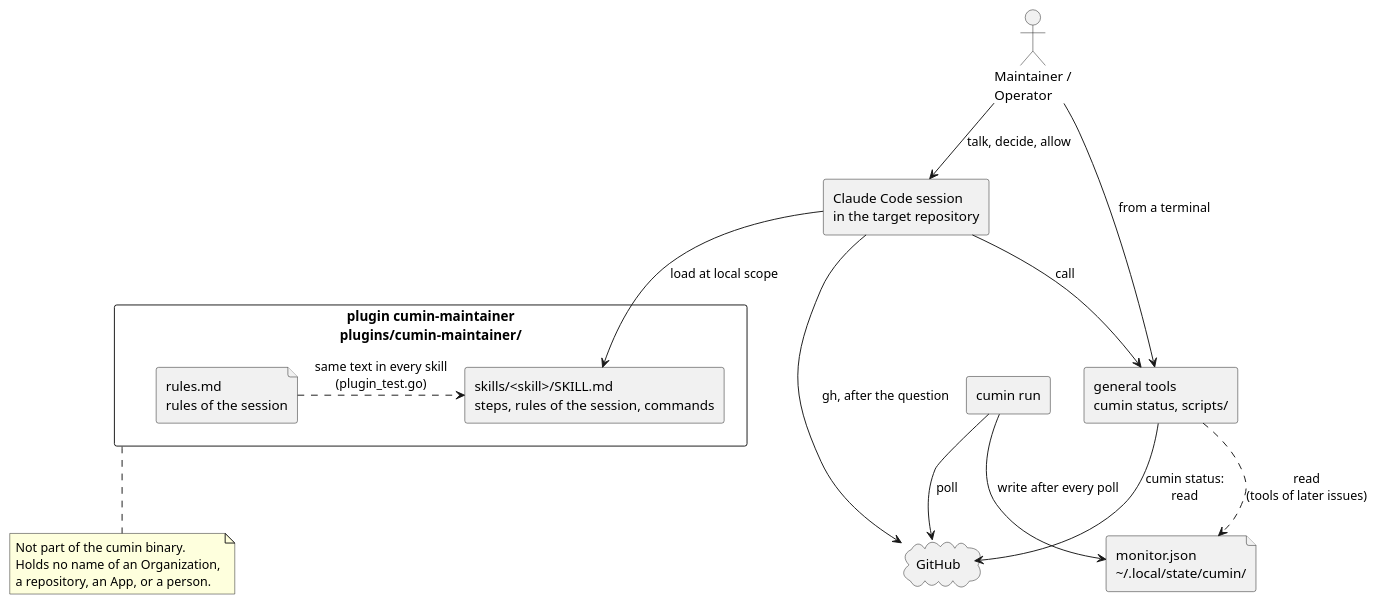
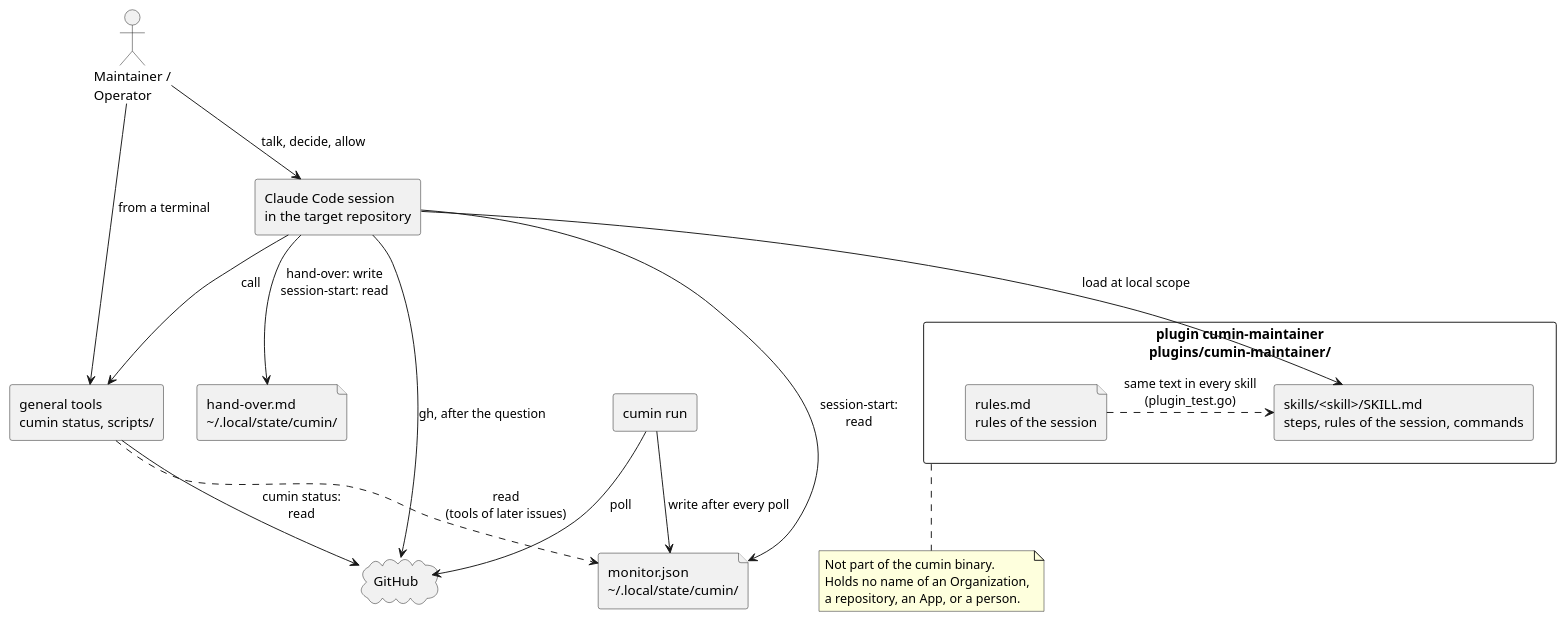
The diagram in docs/ja/guides/maintainer-skills.puml (cloveclovedev/cumin-works), drawn with PlantUML before and after one commit. The commit also changed 7 other files, not shown here.

First line of the commit message:
feat(plugin): add the skills for the start of a session and the hand-over (#710)

```diff
--- a/docs/ja/guides/maintainer-skills.puml
+++ b/docs/ja/guides/maintainer-skills.puml
@@ -1,36 +1,39 @@
 @startuml maintainer-skills
 ' cumin works - the plugin of the Maintainer session: the session loads the skills, the skills call the general tools.
 ' Document: maintainer-skills.md, topic on what the plugin is.
 ' Render: run scripts/render-diagrams.sh at the root of the repository.
 skinparam shadowing false
 skinparam defaultFontName sans-serif
 
 actor "Maintainer /\nOperator" as person
 cloud "GitHub" as github
 
 rectangle "Claude Code session\nin the target repository" as session
 rectangle "plugin cumin-maintainer\nplugins/cumin-maintainer/" as plugin {
   file "rules.md\nrules of the session" as rules
   rectangle "skills/<skill>/SKILL.md\nsteps, rules of the session, commands" as skills
 }
 rectangle "general tools\ncumin status, scripts/" as tools
 file "monitor.json\n&#126;/.local/state/cumin/" as monitor
+file "hand-over.md\n&#126;/.local/state/cumin/" as note
 rectangle "cumin run" as run
 
 person --> session : talk, decide, allow
 person --> tools : from a terminal
 session --> skills : load at local scope
 rules .right.> skills : same text in every skill\n(plugin_test.go)
 session --> tools : call
 session --> github : gh, after the question
+session --> monitor : session-start:\nread
+session --> note : hand-over: write\nsession-start: read
 tools --> github : cumin status:\nread
 tools ..> monitor : read\n(tools of later issues)
 run --> monitor : write after every poll
 run -right-> github : poll
 
 note bottom of plugin
   Not part of the cumin binary.
   Holds no name of an Organization,
   a repository, an App, or a person.
 end note
 @enduml
```
